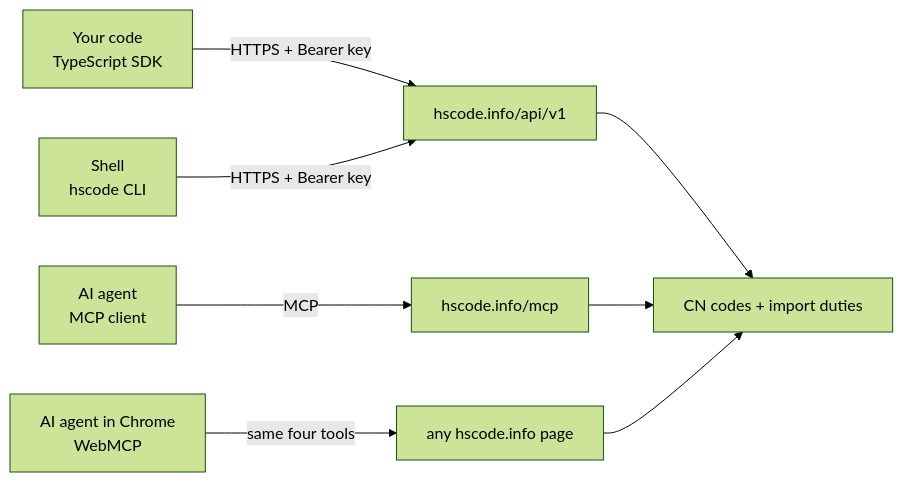
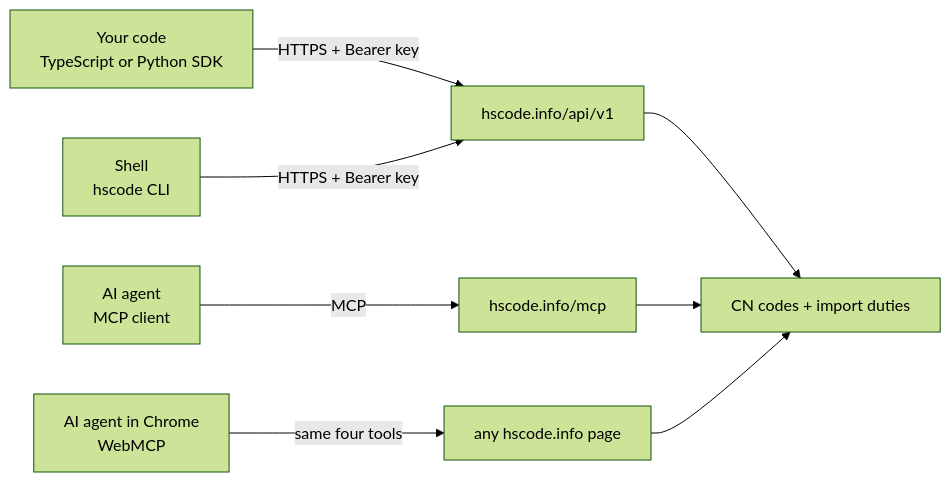
Before and after one commit to hscode-info/hscode: the first of 2 diagrams in README.md, drawn with Mermaid (forest theme). The commit also changed other lines of this file and 1 other file, not shown here.

Commit message:
Document the Python SDK in the root README and add a Python CI job

````diff
--- a/README.md
+++ b/README.md
@@ -42,10 +42,10 @@
 ```mermaid
 flowchart LR
-    A[Your code<br/>TypeScript SDK] -->|HTTPS + Bearer key| API
+    A[Your code<br/>TypeScript or Python SDK] -->|HTTPS + Bearer key| API
     B[Shell<br/>hscode CLI] -->|HTTPS + Bearer key| API
     C[AI agent<br/>MCP client] -->|MCP| M[hscode.info/mcp]
     D[AI agent in Chrome<br/>WebMCP] -->|same four tools| W[any hscode.info page]
     API["hscode.info/api/v1"] --> R[CN codes + import duties]
     M --> R
     W --> R
 ```
````
